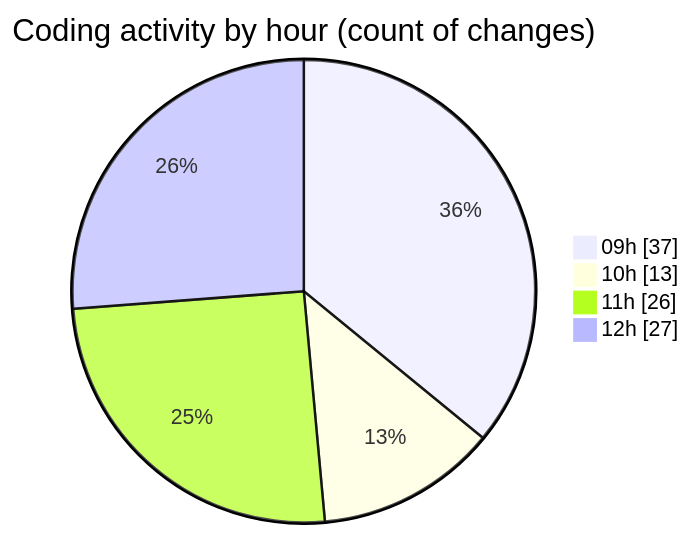
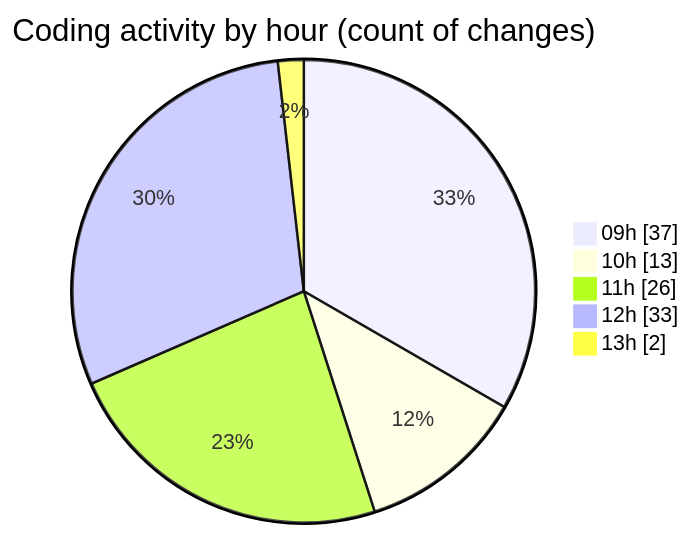
One commit to momahboobian/code-tracking changed the second of 2 diagrams in 2026-04-23/cda/README.md. Above: the diagram before and after it, drawn with Mermaid. The commit also changed other lines of this file and 1 other file, not shown here.

````diff
--- a/2026-04-23/cda/README.md
+++ b/2026-04-23/cda/README.md
@@ -51,8 +51,9 @@
 ```mermaid
 pie showData
 title Coding activity by hour (count of changes)
 "09h" : 37
 "10h" : 13
 "11h" : 26
-"12h" : 27
+"12h" : 33
+"13h" : 2
 ```
````
